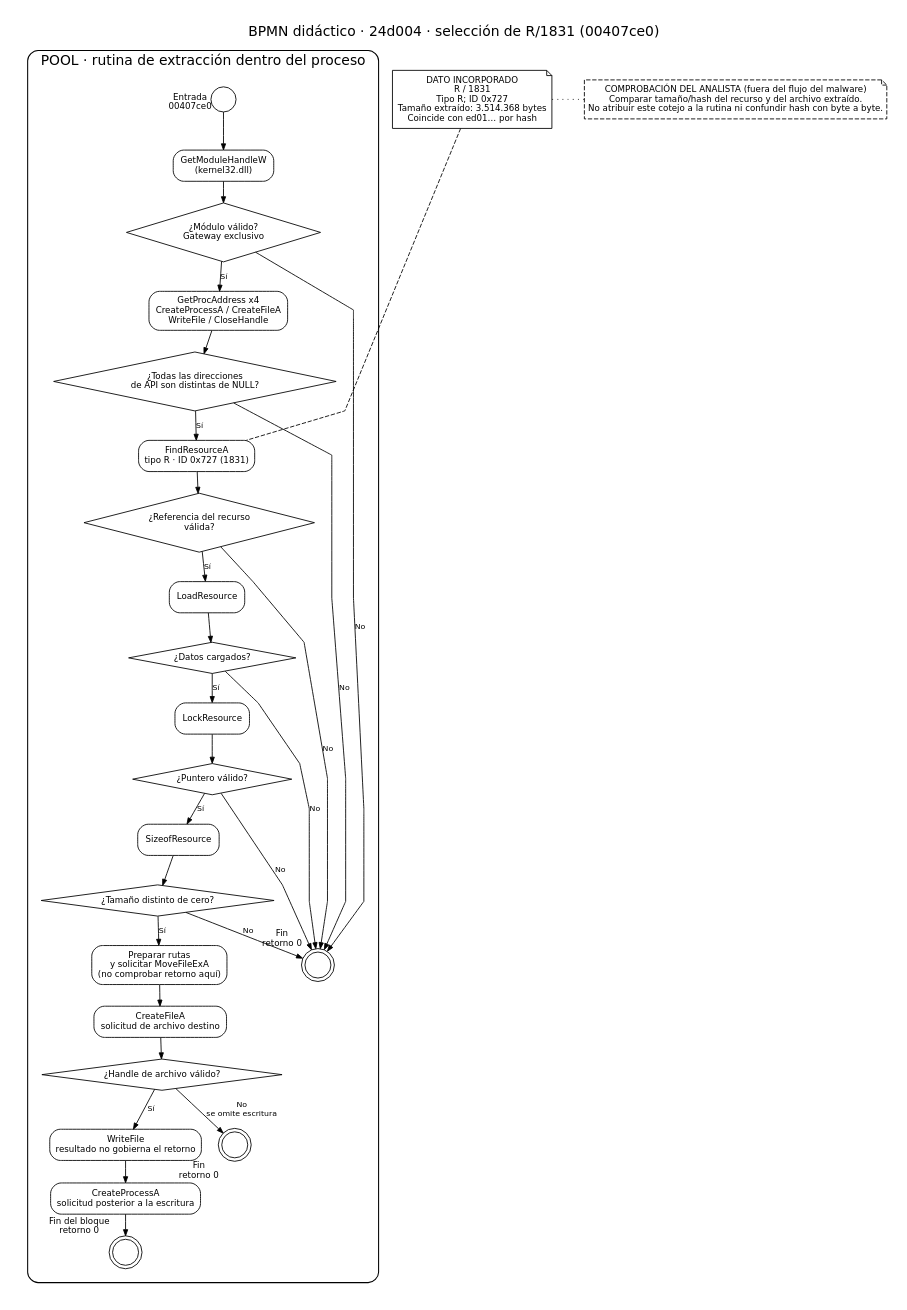
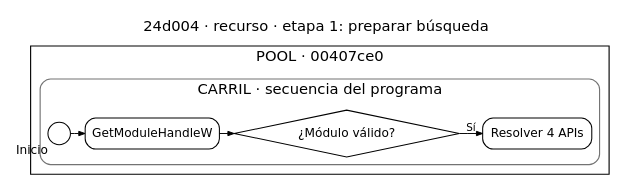
The diagram in entrega_nist/figuras/24d004_recurso.dot (leonidas854/forense_nist_nhs), drawn with Graphviz before and after one commit. The commit also changed 85 other files, not shown here.

Commit message:
Hacer legibles los BPMN y ampliar guía por componente

```diff
--- a/entrega_nist/figuras/24d004_recurso.dot
+++ b/entrega_nist/figuras/24d004_recurso.dot
@@ -1,51 +1,21 @@
-digraph BPMN_R1831 {
-  graph [rankdir=TB, bgcolor="white", pad=.22, nodesep=.26, ranksep=.34,
-         splines=polyline, fontname="DejaVu Sans", label="BPMN didáctico · 24d004 · selección de R/1831 (00407ce0)",
-         labelloc=t, fontsize=16];
-  node [fontname="DejaVu Sans", fontsize=10, color="black", fontcolor="black",
-        style="filled", fillcolor="white", margin=".12,.08"];
-  edge [fontname="DejaVu Sans", fontsize=9, color="black", fontcolor="black",
-        arrowsize=.7];
-
-  subgraph cluster_pool {
-    label="POOL · rutina de extracción dentro del proceso";
-    color="black"; penwidth=1.2; style="rounded"; margin=16;
-    s [shape=circle, fixedsize=true, width=.4, label="", xlabel="Entrada\n00407ce0"];
-    module [shape=box, style="rounded,filled", label="GetModuleHandleW\n(kernel32.dll)"];
-    m [shape=diamond, label="¿Módulo válido?\nGateway exclusivo"];
-    apis [shape=box, style="rounded,filled", label="GetProcAddress x4\nCreateProcessA / CreateFileA\nWriteFile / CloseHandle"];
-    a [shape=diamond, label="¿Todas las direcciones\nde API son distintas de NULL?"];
-    find [shape=box, style="rounded,filled", label="FindResourceA\ntipo R · ID 0x727 (1831)"];
-    f [shape=diamond, label="¿Referencia del recurso\nválida?"];
-    load [shape=box, style="rounded,filled", label="LoadResource"];
-    l [shape=diamond, label="¿Datos cargados?"];
-    lock [shape=box, style="rounded,filled", label="LockResource"];
-    k [shape=diamond, label="¿Puntero válido?"];
-    size [shape=box, style="rounded,filled", label="SizeofResource"];
-    z [shape=diamond, label="¿Tamaño distinto de cero?"];
-    paths [shape=box, style="rounded,filled", label="Preparar rutas\ny solicitar MoveFileExA\n(no comprobar retorno aquí)"];
-    create [shape=box, style="rounded,filled", label="CreateFileA\nsolicitud de archivo destino"];
-    h [shape=diamond, label="¿Handle de archivo válido?"];
-    write [shape=box, style="rounded,filled", label="WriteFile\nresultado no gobierna el retorno"];
-    run [shape=box, style="rounded,filled", label="CreateProcessA\nsolicitud posterior a la escritura"];
-    ret [shape=doublecircle, fixedsize=true, width=.42, label="", xlabel="Fin\nretorno 0"];
-    ret1 [shape=doublecircle, fixedsize=true, width=.42, label="", xlabel="Fin\nretorno 0"];
-    out1 [shape=doublecircle, fixedsize=true, width=.42, label="", xlabel="Fin del bloque\nretorno 0"];
-
-    s -> module -> m;
-    m -> apis [label="Sí"]; m -> ret [label="No"];
-    apis -> a; a -> find [label="Sí"]; a -> ret [label="No"];
-    find -> f; f -> load [label="Sí"]; f -> ret [label="No"];
-    load -> l; l -> lock [label="Sí"]; l -> ret [label="No"];
-    lock -> k; k -> size [label="Sí"]; k -> ret [label="No"];
-    size -> z; z -> paths [label="Sí"]; z -> ret [label="No"];
-    paths -> create -> h;
-    h -> ret1 [label="No\nse omite escritura"];
-    h -> write [label="Sí"];
-    write -> run -> out1;
+digraph BPMN {
+  graph [rankdir=LR, bgcolor="white", pad=.14, nodesep=.18, ranksep=.22,
+         splines=polyline, fontname="DejaVu Sans", labelloc=t, fontsize=17,
+         compound=true, newrank=true];
+  node [fontname="DejaVu Sans", fontsize=14, color="black", fontcolor="black",
+        style="filled", fillcolor="white", margin=".12,.08", penwidth=1.2];
+  edge [fontname="DejaVu Sans", fontsize=12, color="black", fontcolor="black",
+        arrowsize=.72, penwidth=1.1];
+  label="24d004 · recurso · etapa 1: preparar búsqueda";
+  subgraph cluster_pool { label="POOL · 00407ce0"; color=black; penwidth=1.3; margin=11;
+    subgraph cluster_code { label="CARRIL · secuencia del programa"; color=gray45; style="rounded"; margin=9;
+      s [shape=circle, label="", xlabel="Inicio", fixedsize=true, width=.36];
+      mod [shape=box, label="GetModuleHandleW", style="rounded,filled"];
+      g [shape=diamond, label="¿Módulo válido?"];
+      api [shape=box, label="Resolver 4 APIs", style="rounded,filled"];
+    }
+  s -> mod;
+  mod -> g;
+  g -> api [label="Sí"];
   }
-  res [shape=note, style="filled", label="DATO INCORPORADO\nR / 1831\nTipo R; ID 0x727\nTamaño extraído: 3.514.368 bytes\nCoincide con ed01… por hash"];
-  res -> find [style=dashed, arrowhead=none, constraint=false];
-  analyst [shape=note, style="dashed,filled", label="COMPROBACIÓN DEL ANALISTA (fuera del flujo del malware)\nComparar tamaño/hash del recurso y del archivo extraído.\nNo atribuir este cotejo a la rutina ni confundir hash con byte a byte."];
-  analyst -> res [style=dotted, arrowhead=none, constraint=false];
 }
```
